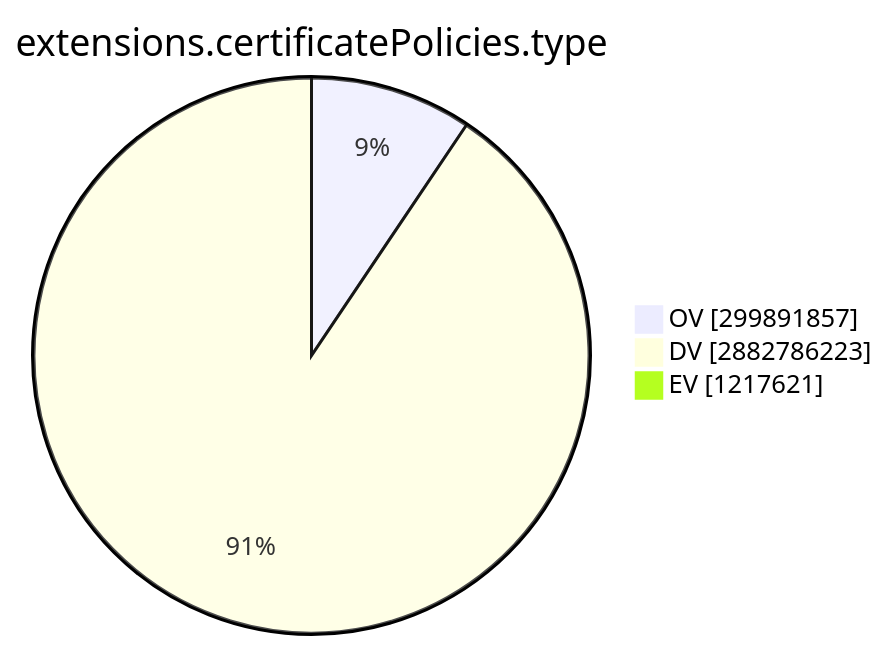
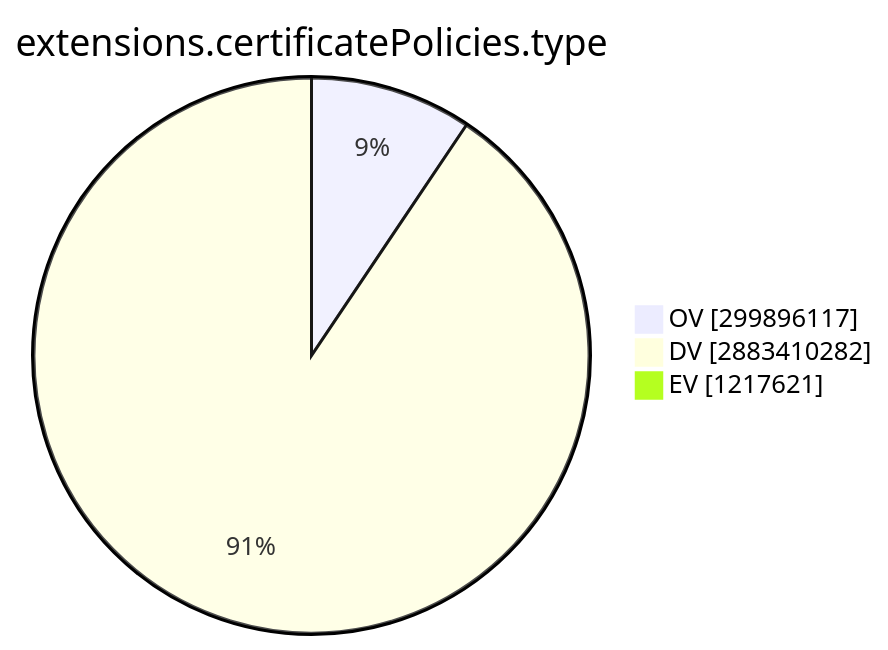
The ninth of 15 diagrams in TOTAL/README.md (christiankrug/ctmonitor_visualization), drawn with Mermaid before and after one commit. The commit also changed other lines of this file, not shown here.

````diff
--- a/TOTAL/README.md
+++ b/TOTAL/README.md
@@ -3101,7 +3101,7 @@
 ```mermaid
 pie showData
 title extensions.certificatePolicies.type
-"OV" :299891857
-"DV" :2882786223
+"OV" :299896117
+"DV" :2883410282
 "EV" :1217621
 ```
````
